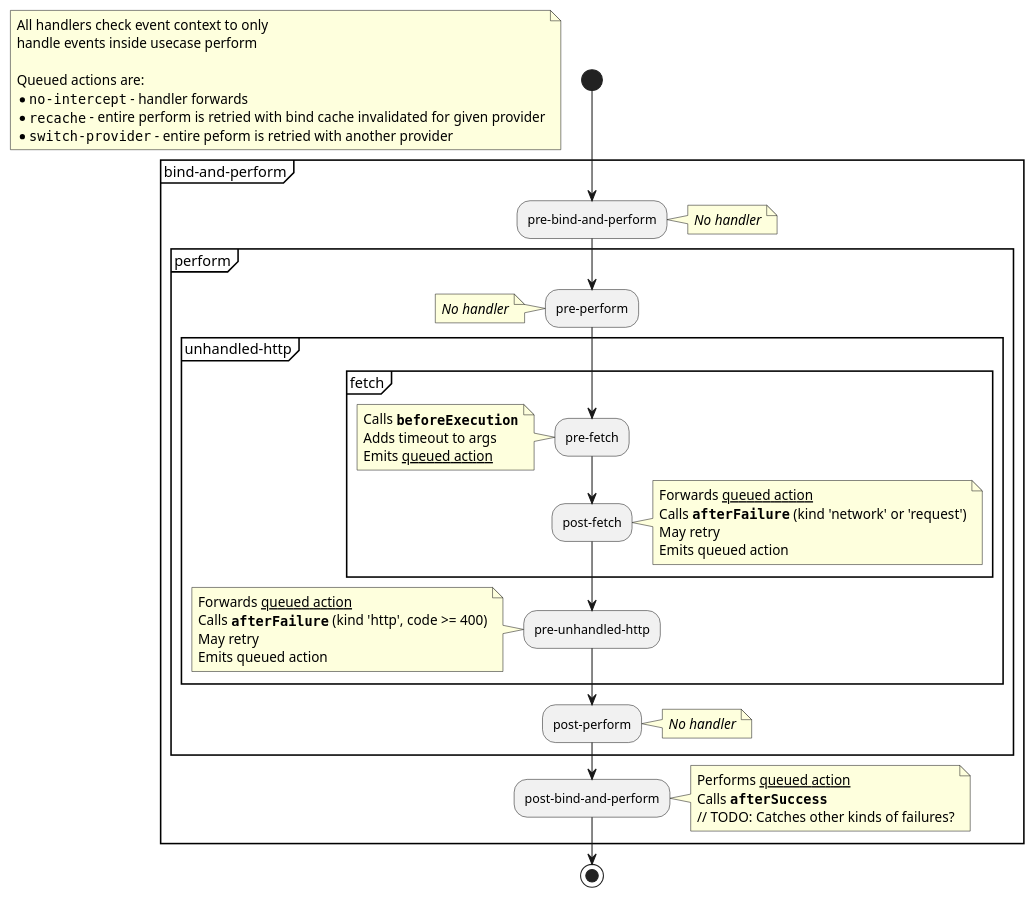
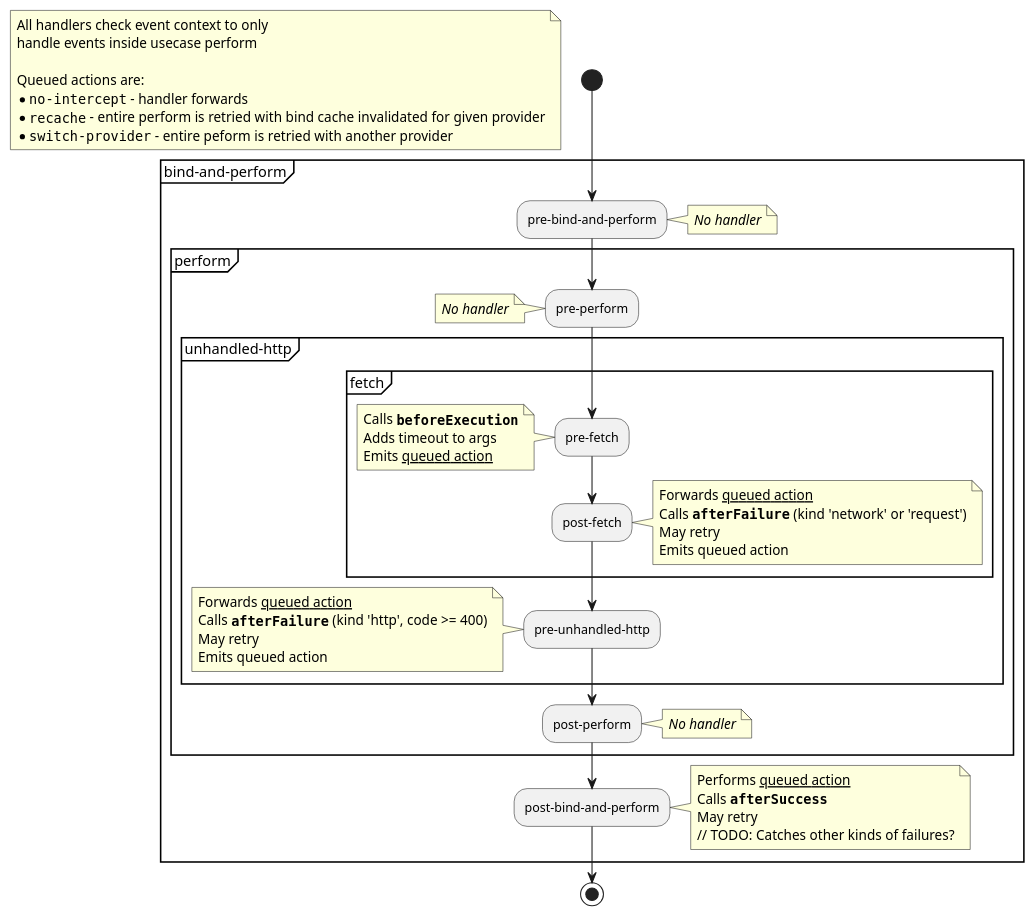
Before and after one commit to superfaceai/one-sdk-js: the diagram in docs/client/failure/diagram_failover_hooks.puml, drawn with PlantUML. The commit also changed 1 other file, not shown here.

Commit message:
fix: failure diagram may retry

```diff
--- a/docs/client/failure/diagram_failover_hooks.puml
+++ b/docs/client/failure/diagram_failover_hooks.puml
@@ -1,69 +1,70 @@
 @startuml
 
 start
 
 floating note
 	All handlers check event context to only
 	handle events inside usecase perform
 
 	Queued actions are:
 	* ""no-intercept"" - handler forwards
 	* ""recache"" - entire perform is retried with bind cache invalidated for given provider
 	* ""switch-provider"" - entire peform is retried with another provider
 end note
 
 partition bind-and-perform {
 	:pre-bind-and-perform;
 	note right
 		//No handler//
 	end note
 
 	partition perform {
 		:pre-perform;
 		note left
 			//No handler//
 		end note
 
 		partition unhandled-http {
 			partition fetch {
 				:pre-fetch;
 				note left
 					Calls **""beforeExecution""**
 					Adds timeout to args
 					Emits __queued action__
 				end note
 
 				:post-fetch;
 				note right
 					Forwards __queued action__
 					Calls **""afterFailure""** (kind 'network' or 'request')
 					May retry
 					Emits queued action
 				end note
 			}
 			:pre-unhandled-http;
 			note left
 				Forwards __queued action__
 				Calls **""afterFailure""** (kind 'http', code >= 400)
 				May retry
 				Emits queued action
 			end note
 		}
 
 		:post-perform;
 		note right
 			//No handler//
 		end note
 	}
 
 	:post-bind-and-perform;
 	note right
 		Performs __queued action__
 		Calls **""afterSuccess""**
+		May retry
 		// TODO: Catches other kinds of failures?
 	end note
 }
 
 stop
 
 @enduml
```
